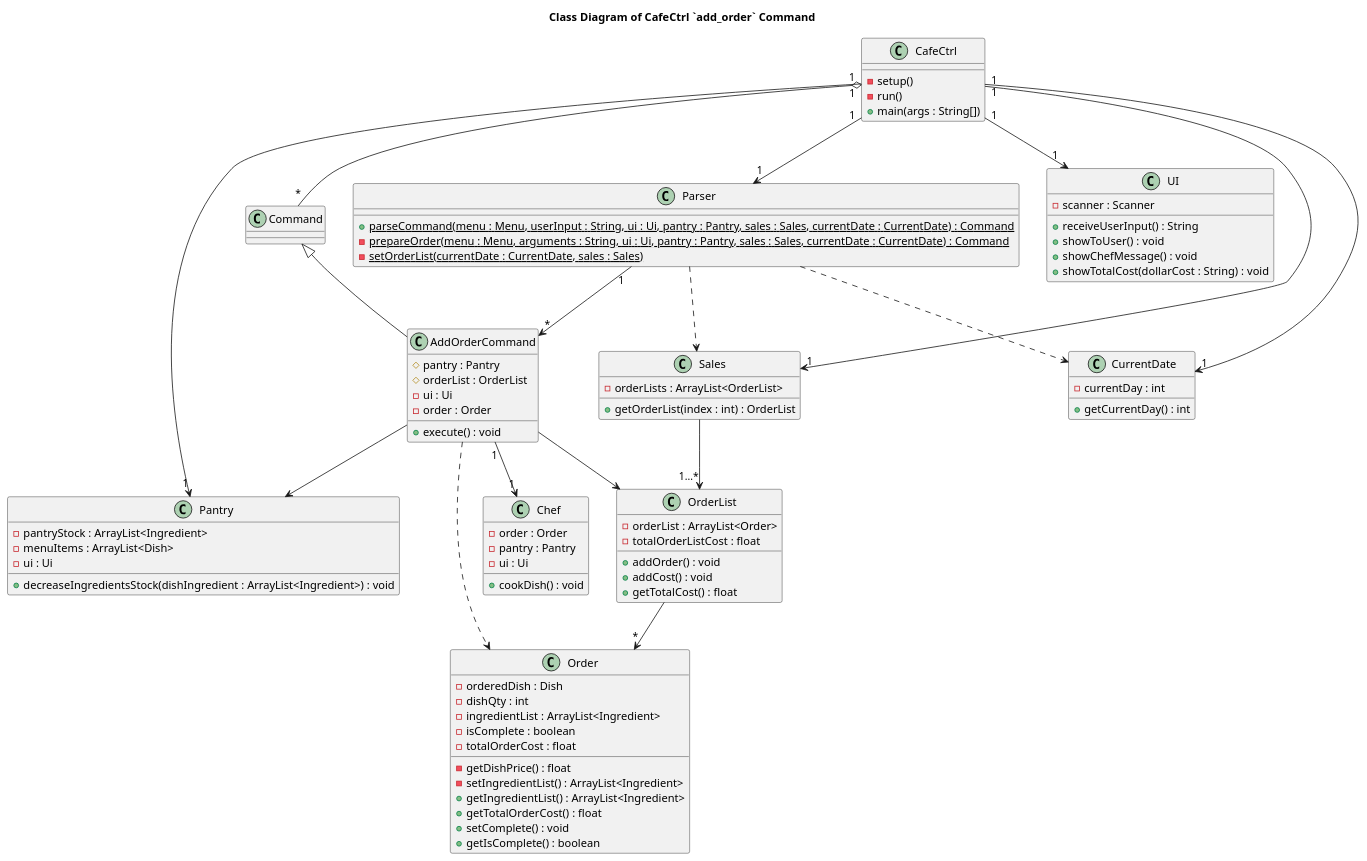
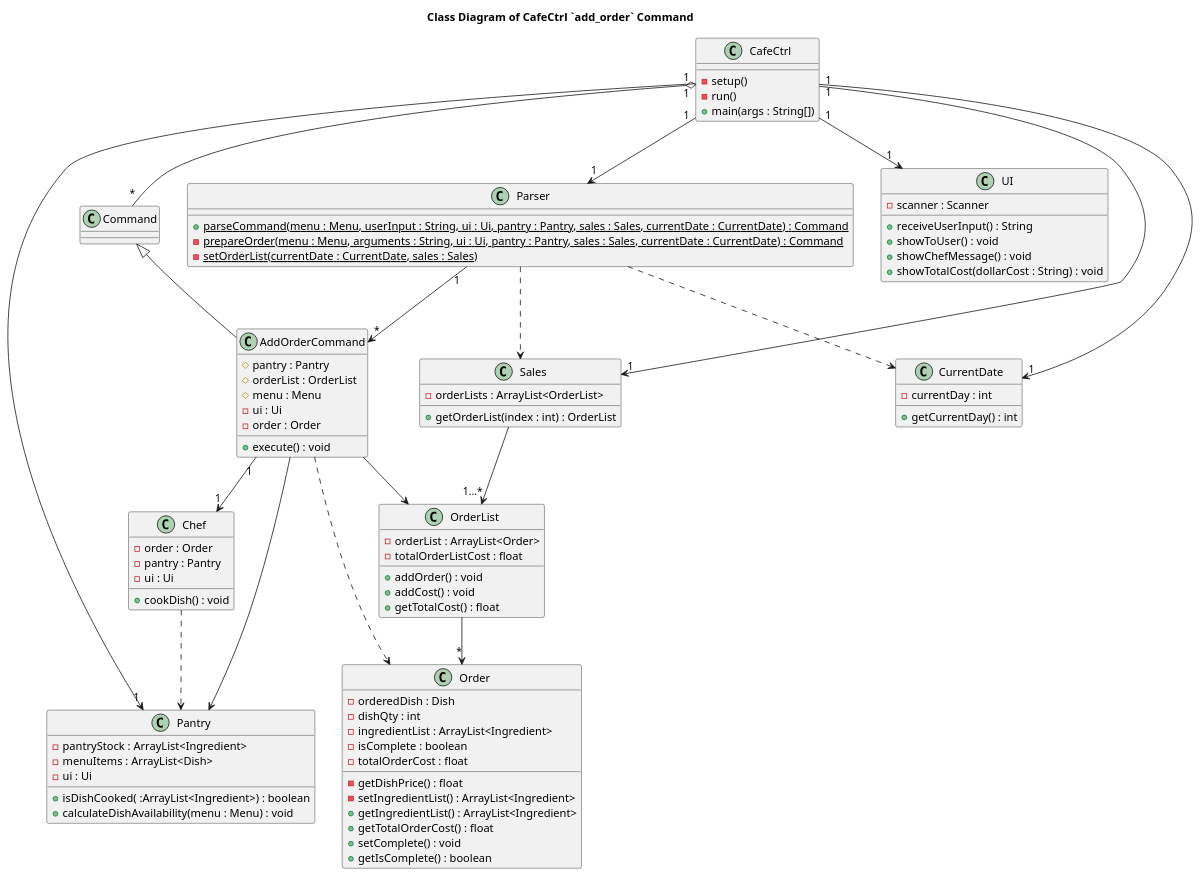
Before and after one commit to nus-cs2113-AY2324S1/tp: the diagram in docs/diagrams/class/AddOrderCommandClass.puml, drawn with PlantUML. The commit also changed 5 other files, not shown here.

```diff
--- a/docs/diagrams/class/AddOrderCommandClass.puml
+++ b/docs/diagrams/class/AddOrderCommandClass.puml
@@ -1,102 +1,105 @@
 @startuml
 'https://plantuml.com/class-diagram
 
 title Class Diagram of CafeCtrl `add_order` Command
 
 CafeCtrl "1" --> "1" UI
 CafeCtrl "1" --> "1" Parser
 CafeCtrl "1" --> "1" Sales
 CafeCtrl "1" --> "1" Pantry
 CafeCtrl "1" --> "1" CurrentDate
 CafeCtrl "1" o-- "*" Command
 
 Command <|- AddOrderCommand
 Parser "1" --> "*" AddOrderCommand
 Parser ..> CurrentDate
 Parser ..> Sales
 AddOrderCommand --> OrderList
 AddOrderCommand "1" --> "1" Chef
 AddOrderCommand --> Pantry
 AddOrderCommand ..> Order
 OrderList --> "*" Order
 Sales --> "1...*" OrderList
+Chef ..> Pantry
 
 class CafeCtrl {
 - setup()
 - run()
 + main(args : String[])
 }
 
 class Command {
 
 }
 
 class UI {
 - scanner : Scanner
 + receiveUserInput() : String
 + showToUser() : void
 + showChefMessage() : void
 + showTotalCost(dollarCost : String) : void
 }
 
 class AddOrderCommand {
 # pantry : Pantry
 # orderList : OrderList
+# menu : Menu
 - ui : Ui
 - order : Order
 + execute() : void
 }
 
 class Parser {
 {static} + parseCommand(menu : Menu, userInput : String, ui : Ui, pantry : Pantry, sales : Sales, currentDate : CurrentDate) : Command
 {static} - prepareOrder(menu : Menu, arguments : String, ui : Ui, pantry : Pantry, sales : Sales, currentDate : CurrentDate) : Command
 {static} - setOrderList(currentDate : CurrentDate, sales : Sales)
 }
 
 class OrderList {
 - orderList : ArrayList<Order>
 - totalOrderListCost : float
 + addOrder() : void
 + addCost() : void
 + getTotalCost() : float
 }
 
 class Order {
 - orderedDish : Dish
 - dishQty : int
 - ingredientList : ArrayList<Ingredient>
 - isComplete : boolean
 - totalOrderCost : float
 - getDishPrice() : float
 - setIngredientList() : ArrayList<Ingredient>
 + getIngredientList() : ArrayList<Ingredient>
 + getTotalOrderCost() : float
 + setComplete() : void
 + getIsComplete() : boolean
 }
 
 class Chef {
 - order : Order
 - pantry : Pantry
 - ui : Ui
 + cookDish() : void
 }
 
 class Pantry {
 - pantryStock : ArrayList<Ingredient>
 - menuItems : ArrayList<Dish>
 - ui : Ui
-+ decreaseIngredientsStock(dishIngredient : ArrayList<Ingredient>) : void
++ isDishCooked( :ArrayList<Ingredient>) : boolean
++ calculateDishAvailability(menu : Menu) : void
 }
 
 class Sales {
 - orderLists : ArrayList<OrderList>
 + getOrderList(index : int) : OrderList
 }
 
 class CurrentDate {
 - currentDay : int
 + getCurrentDay() : int
 }
 
 @enduml
```
